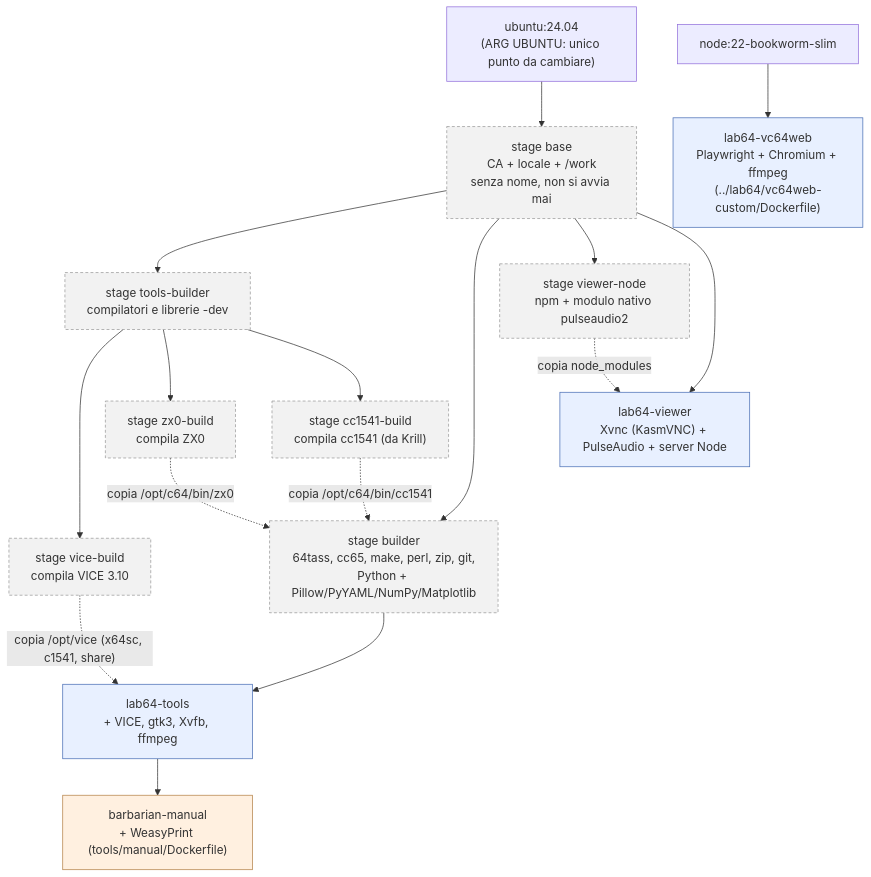
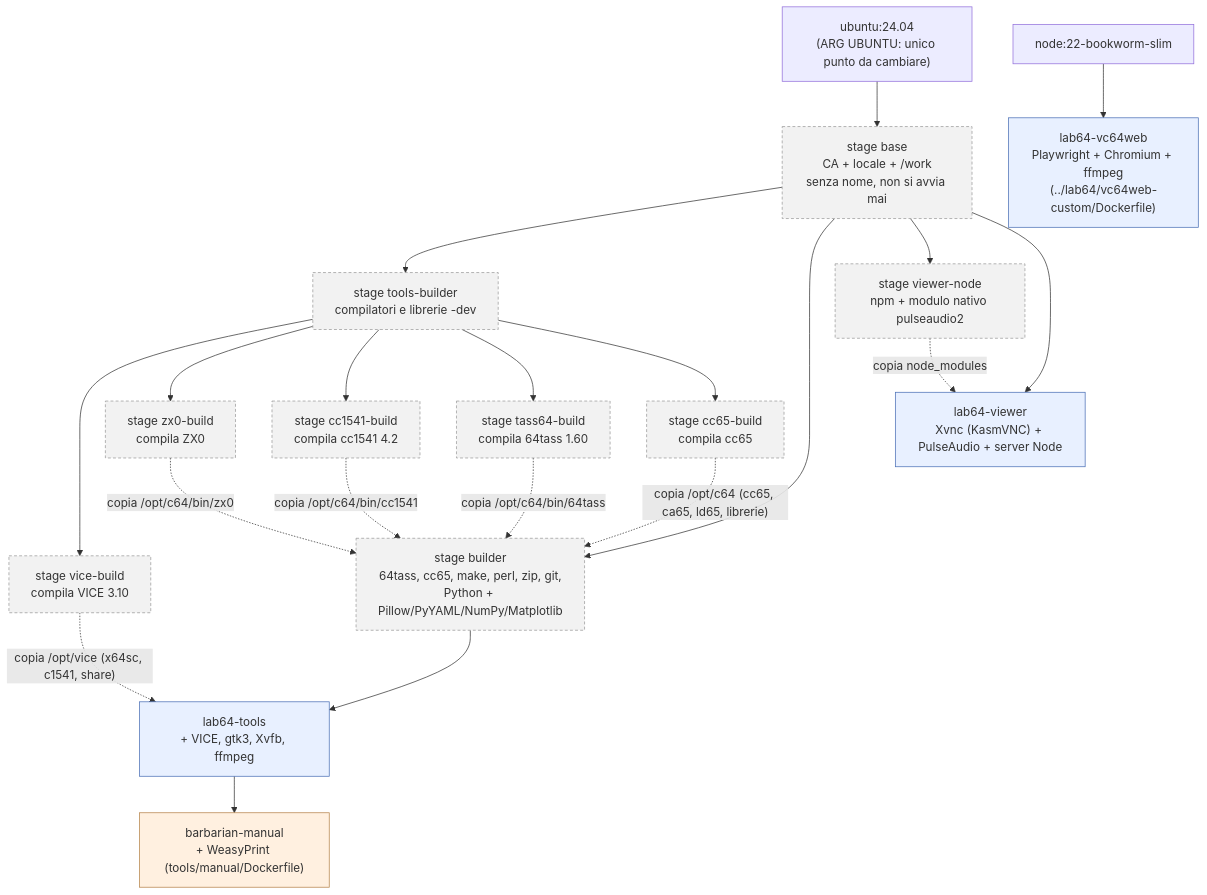
Before and after one commit to caporalesimone/barbarian-the-blood-path: the first of 3 diagrams in docs/docker-architecture.md, drawn with Mermaid. The commit also changed other lines of this file and 14 other files, not shown here.

````diff
--- a/docs/docker-architecture.md
+++ b/docs/docker-architecture.md
@@ -28,31 +28,35 @@
 ```mermaid
 flowchart TD
     UB["ubuntu:24.04<br/>(ARG UBUNTU: unico punto da cambiare)"] --> BASE["stage base<br/>CA + locale + /work<br/>senza nome, non si avvia mai"]
 
     BASE --> TB["stage tools-builder<br/>compilatori e librerie -dev"]
     TB --> VB["stage vice-build<br/>compila VICE 3.10"]
     TB --> ZB["stage zx0-build<br/>compila ZX0"]
-    TB --> CB["stage cc1541-build<br/>compila cc1541 (da Krill)"]
+    TB --> CB["stage cc1541-build<br/>compila cc1541 4.2"]
+    TB --> T64["stage tass64-build<br/>compila 64tass 1.60"]
+    TB --> C65["stage cc65-build<br/>compila cc65"]
 
     BASE --> BLD["stage builder<br/>64tass, cc65, make, perl, zip, git,<br/>Python + Pillow/PyYAML/NumPy/Matplotlib"]
     ZB -. "copia /opt/c64/bin/zx0" .-> BLD
     CB -. "copia /opt/c64/bin/cc1541" .-> BLD
+    T64 -. "copia /opt/c64/bin/64tass" .-> BLD
+    C65 -. "copia /opt/c64 (cc65, ca65, ld65, librerie)" .-> BLD
 
     BLD --> EVICE["lab64-tools<br/>+ VICE, gtk3, Xvfb, ffmpeg"]
     VB -. "copia /opt/vice (x64sc, c1541, share)" .-> EVICE
 
     BASE --> VN["stage viewer-node<br/>npm + modulo nativo pulseaudio2"]
     BASE --> VW["lab64-viewer<br/>Xvnc (KasmVNC) + PulseAudio + server Node"]
     VN -. "copia node_modules" .-> VW
 
     EVICE --> MAN["barbarian-manual<br/>+ WeasyPrint (tools/manual/Dockerfile)"]
 
     NODE["node:22-bookworm-slim"] --> VC["lab64-vc64web<br/>Playwright + Chromium + ffmpeg<br/>(../lab64/vc64web-custom/Dockerfile)"]
 
     classDef gen fill:#e8f0ff,stroke:#4a6fb5;
     classDef game fill:#fff0e0,stroke:#b5834a;
     classDef stage fill:#f2f2f2,stroke:#999,stroke-dasharray:4 3;
     class EVICE,VW,VC gen;
     class MAN game;
-    class BASE,TB,VB,ZB,CB,VN,BLD stage;
+    class BASE,TB,VB,ZB,CB,T64,C65,VN,BLD stage;
 ```
````
